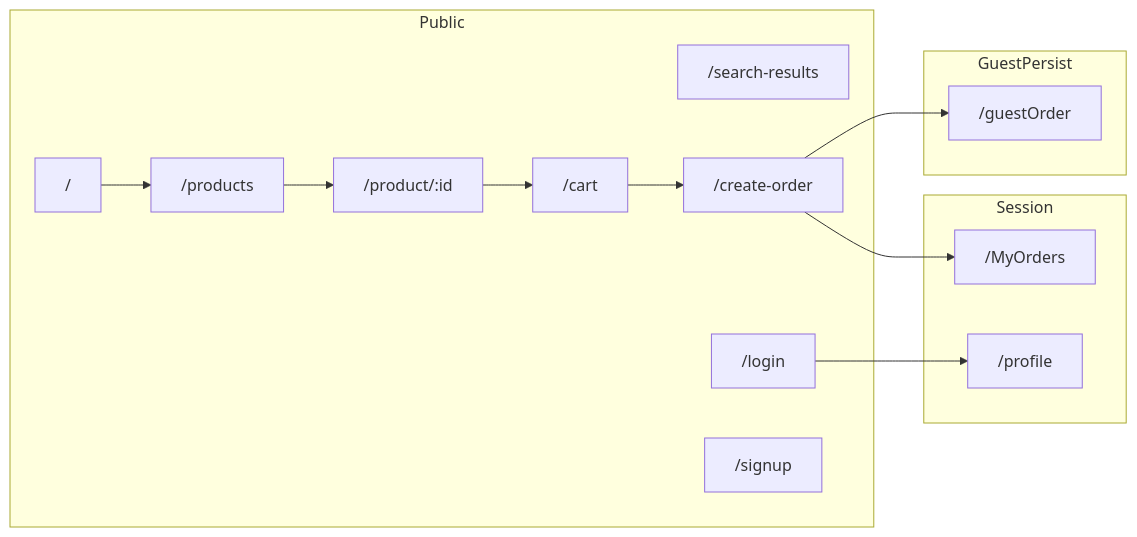
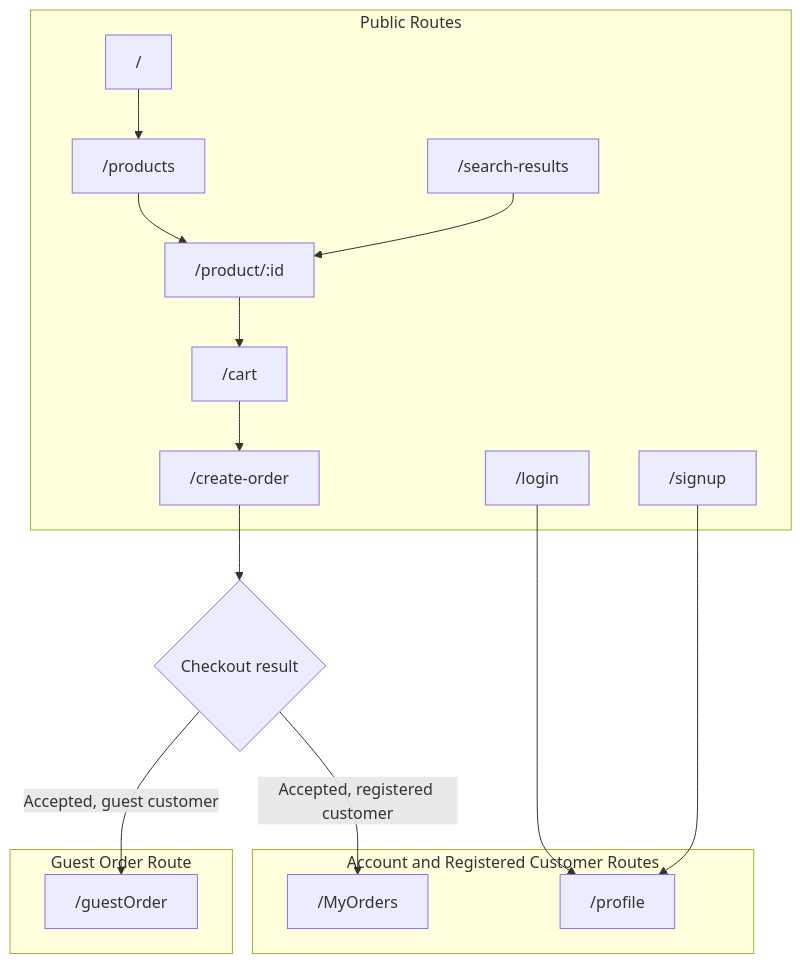
One commit to suliman-mousa/restaurant-ordering-platform changed diagram 14 of 14 in DIAGRAMS.md. Above: the diagram before and after it, drawn with Mermaid. The commit also changed other lines of this file, not shown here.

````diff
--- a/DIAGRAMS.md
+++ b/DIAGRAMS.md
@@ -384,27 +582,35 @@
 ```mermaid
-flowchart LR
-  subgraph Public
-    H["/"]
-    PR["/products"]
-    PD["/product/:id"]
-    SR["/search-results"]
-    CA["/cart"]
-    CK["/create-order"]
-    LI["/login"]
-    SU["/signup"]
-  end
+flowchart TB
+    subgraph Public["Public Routes"]
+        HOME["/"]
+        PRODUCTS["/products"]
+        DETAILS["/product/:id"]
+        SEARCH["/search-results"]
+        CART["/cart"]
+        CHECKOUT["/create-order"]
+        LOGIN["/login"]
+        SIGNUP["/signup"]
+    end
 
-  subgraph Session
-    PF["/profile"]
-    MO["/MyOrders"]
-  end
+    subgraph Account["Account and Registered Customer Routes"]
+        PROFILE["/profile"]
+        ORDERS["/MyOrders"]
+    end
 
-  subgraph GuestPersist
-    GO["/guestOrder"]
-  end
+    subgraph Guest["Guest Order Route"]
+        GUEST_ORDER["/guestOrder"]
+    end
 
-  H --> PR --> PD --> CA --> CK
-  CK --> MO
-  CK --> GO
-  LI --> PF
+    HOME --> PRODUCTS
+    PRODUCTS --> DETAILS
+    DETAILS --> CART
+    SEARCH --> DETAILS
+    CART --> CHECKOUT
+
+    LOGIN --> PROFILE
+    SIGNUP --> PROFILE
+
+    CHECKOUT --> RESULT{"Checkout result"}
+    RESULT -->|"Accepted, registered customer"| ORDERS
+    RESULT -->|"Accepted, guest customer"| GUEST_ORDER
 ```
````
